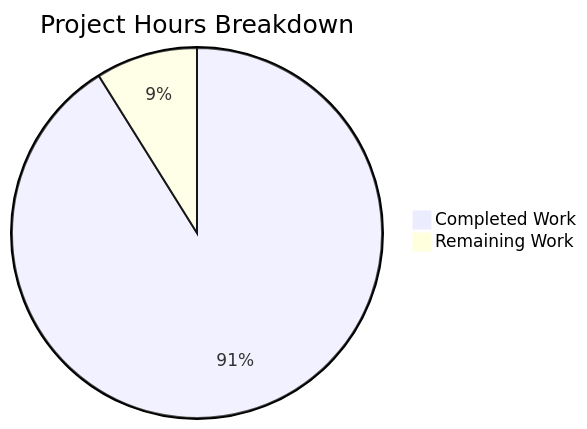
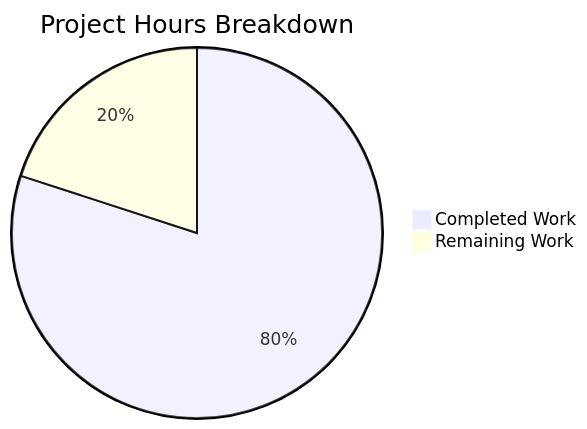
Before and after one commit to TestadoBlitzy/Existing-product: the second of 2 diagrams in blitzy/documentation/Project Guide.md, drawn with Mermaid. The commit also changed other lines of this file, not shown here.

Commit message:
Adding Blitzy Project Guide: Project Status and Human Tasks Remaining

````diff
--- a/blitzy/documentation/Project Guide.md
+++ b/blitzy/documentation/Project Guide.md
@@ -205,5 +209,5 @@
 ```mermaid
 pie title Project Hours Breakdown
-    "Completed Work" : 41
-    "Remaining Work" : 4
+    "Completed Work" : 6
+    "Remaining Work" : 1.5
 ```
````
